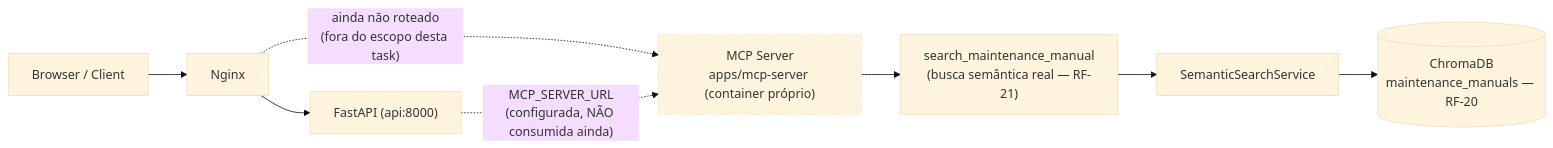
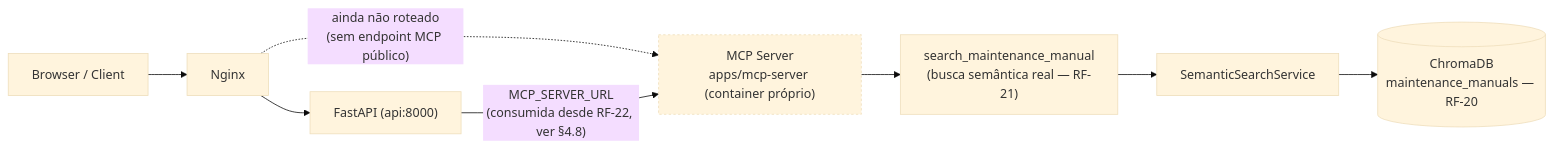
The fourth of 8 diagrams in README.md (ronaldosimeone/tcc-project), drawn with Mermaid (base theme) before and after one commit. The commit also changed other lines of this file and 14 other files, not shown here.

````diff
--- a/README.md
+++ b/README.md
@@ -495,13 +495,13 @@
 ```mermaid
 flowchart LR
     C["Browser / Client"] --> N["Nginx"]
     N --> API["FastAPI (api:8000)"]
-    N -.->|"ainda não roteado<br/>(fora do escopo desta task)"| MCP
+    N -.->|"ainda não roteado<br/>(sem endpoint MCP público)"| MCP
 
-    API -.->|"MCP_SERVER_URL<br/>(configurada, NÃO consumida ainda)"| MCP["MCP Server<br/>apps/mcp-server (container próprio)"]
+    API -->|"MCP_SERVER_URL<br/>(consumida desde RF-22, ver §4.8)"| MCP["MCP Server<br/>apps/mcp-server (container próprio)"]
     MCP --> TOOL["search_maintenance_manual<br/>(busca semântica real — RF-21)"]
     TOOL --> SVC["SemanticSearchService"]
     SVC --> CHROMA[("ChromaDB<br/>maintenance_manuals — RF-20")]
 
     style MCP stroke-dasharray: 3 3
 ```
````
